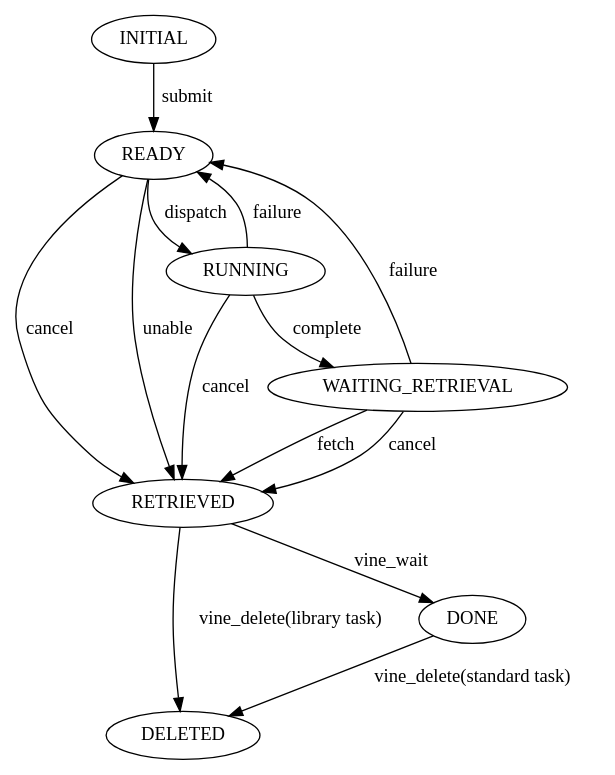
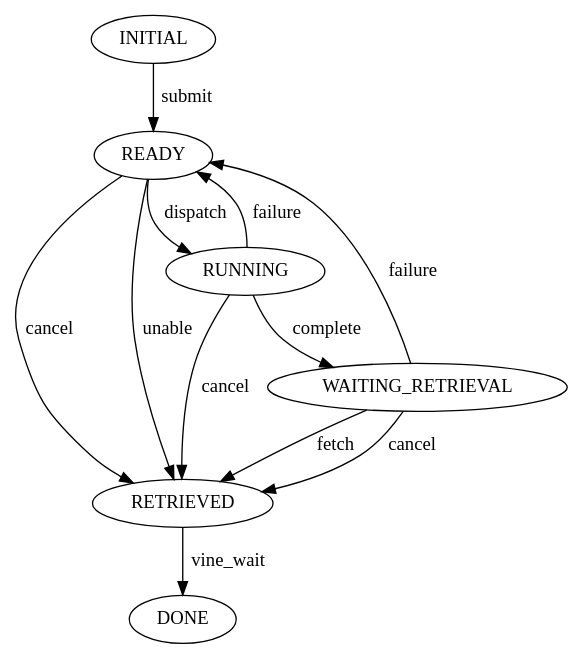
One commit to cooperative-computing-lab/cctools changed the diagram in taskvine/src/manager/task-lifecycle.dot. Above: the diagram before and after it, drawn with Graphviz. The commit also changed 2 other files, not shown here.

Commit message:
Added task lifecycle graph

```diff
--- a/taskvine/src/manager/task-lifecycle.dot
+++ b/taskvine/src/manager/task-lifecycle.dot
@@ -1,85 +1,77 @@
 digraph g {
 
 overlap=scale;
 
 /*
 A task is created by vine_task_create() in the INITIAL
 state, and then moves to the READY state via vine_submit().
 */
 
 INITIAL -> READY [label="submit"];
 
 /*
 A task goes to the RUNNING state when it is dispatched
 from the manager to a worker.  Note that the manager
 does not know exactly when the worker does a fork/exec
 to invoke the task on its end.
 */
 
 READY -> RUNNING [label="dispatch"];
 
 /*
 When the worker observes that a task has exited
 (or fails to start correctly) it sends a "complete"
 message to the manager with the essential task status.
 The task is now waiting for the manager to retrieve
 any large outputs and then delete the task.
 */
 
 RUNNING -> WAITING_RETRIEVAL [label="complete"];
 
 /*
 If a task is dispatched to a worker, and then the
 worker fails prior to completion, the task goes
 back into the ready state.  Likewise if the task
 is complete but not retrieved, it goes back to ready.
 */
 
 RUNNING -> READY [label="failure"];
 WAITING_RETRIEVAL -> READY [label="failure"];
 
 /*
 Once the manager fetches the full outputs of a task
 it sends a "kill" to the worker to delete the remote
 state, and the task is now in the retrieved state,
 until the user waits for its output.
 */
 
 WAITING_RETRIEVAL -> RETRIEVED [label="fetch"];
 
 /*
 When the user calls vine_wait(), the manager picks
 a task out of the retrieved list, and returns it
 to the user, at which point it is DONE and the
 manager has no further responsibility for it.
 */
 
 RETRIEVED -> DONE [label="vine_wait"];
 
 /*
 Cancellation moves a task in any state to the retrieved state,
 where it is handled like a completed task and returned to the user.
 */
 
 READY->RETRIEVED [label="cancel"];
 RUNNING->RETRIEVED [label="cancel"];
 WAITING_RETRIEVAL->RETRIEVED [label="cancel"];
 
 /*
 A task that is permanently unable to run
 (for example, its expiration time has been exceeded)
 will go directly to RETRIEVED so that it can be
 collected by the user.
 */
 
 READY->RETRIEVED [label="unable"];
 
-/*
-An ordinary task is only deleted by the end user once it is
-returned from vine_wait.  However, a library task is deleted
-by the manager instead of being returned to the user.
-*/
-
-RETRIEVED -> DELETED [label="vine_delete(library task)"];
-DONE -> DELETED [label="vine_delete(standard task)"];
 }
```
